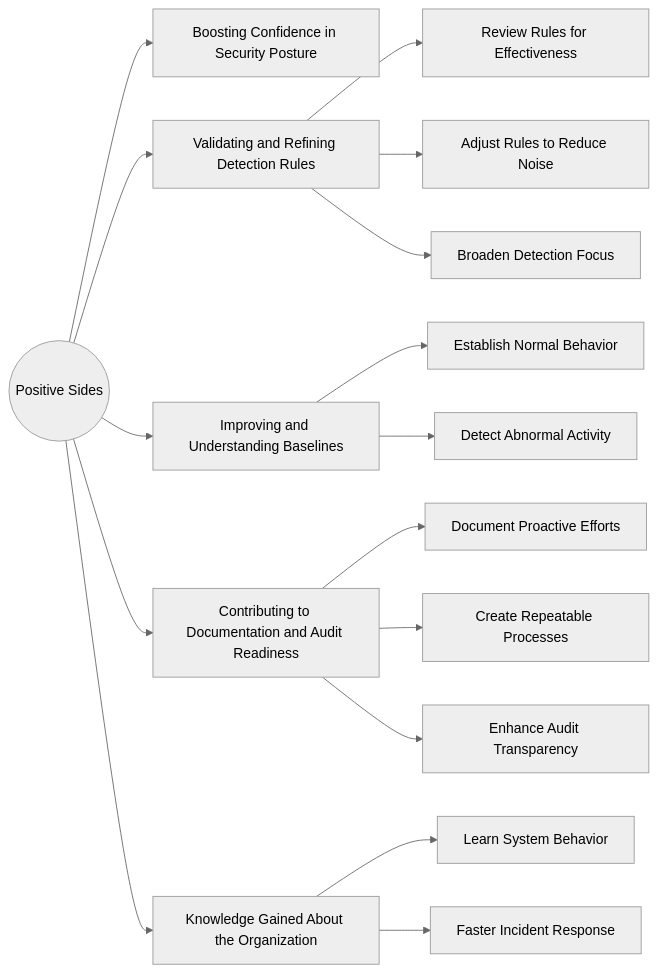
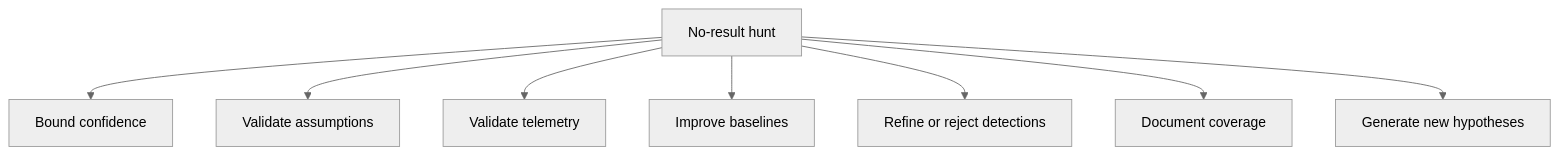
Before and after one commit to rjohnsen/threathunting-book: the diagram in content/part-1/delivieries/no-result-hunts.md, drawn with Mermaid (neutral theme). The commit also changed other lines of this file, not shown here.

Commit message:
Enhanced the no result hunts article

````diff
--- a/content/part-1/delivieries/no-result-hunts.md
+++ b/content/part-1/delivieries/no-result-hunts.md
@@ -19,30 +103,10 @@
-{{<mermaid align="center">}}
-flowchart LR
-  A((Positive Sides))
-
-  %% Main branches
-  A --> B[Boosting Confidence in Security Posture]
-  A --> C[Validating and Refining Detection Rules]
-  A --> D[Improving and Understanding Baselines]
-  A --> E[Contributing to Documentation and Audit Readiness]
-  A --> F[Knowledge Gained About the Organization]
-
-  %% Detection Rules branch
-  C --> C1[Review Rules for Effectiveness]
-  C --> C2[Adjust Rules to Reduce Noise]
-  C --> C3[Broaden Detection Focus]
-
-  %% Baselines branch
-  D --> D1[Establish Normal Behavior]
-  D --> D2[Detect Abnormal Activity]
-
-  %% Documentation branch
-  E --> E1[Document Proactive Efforts]
-  E --> E2[Create Repeatable Processes]
-  E --> E3[Enhance Audit Transparency]
-
-  %% Knowledge branch
-  F --> F1[Learn System Behavior]
-  F --> F2[Faster Incident Response]
-
-{{< /mermaid >}}
+```mermaid
+flowchart TD
+    A[No-result hunt] --> B[Bound confidence]
+    A --> C[Validate assumptions]
+    A --> D[Validate telemetry]
+    A --> E[Improve baselines]
+    A --> F[Refine or reject detections]
+    A --> G[Document coverage]
+    A --> H[Generate new hypotheses]
+```
````
